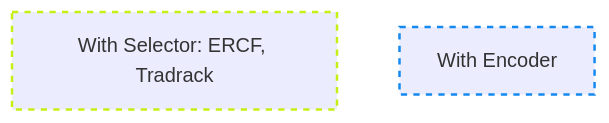
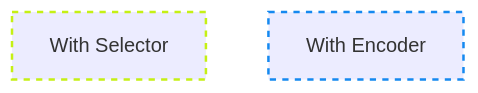
The second of 2 diagrams in MMU-Calibration.md (3DCoded/Happy-Hare), drawn with Mermaid before and after one commit.

````diff
--- a/MMU-Calibration.md
+++ b/MMU-Calibration.md
@@ -38,8 +38,8 @@
 ```mermaid
 graph TD;
-    LINEAR_SELECTOR["With Selector: ERCF, Tradrack"]
+    LINEAR_SELECTOR["With Selector"]
     ENCODER["With Encoder"]
 
     style LINEAR_SELECTOR stroke-dasharray: 5 5, stroke:#c5f015, stroke-width:2px
     style ENCODER stroke-dasharray: 5 5, stroke:#1589f0, stroke-width:2px
 ```
````
